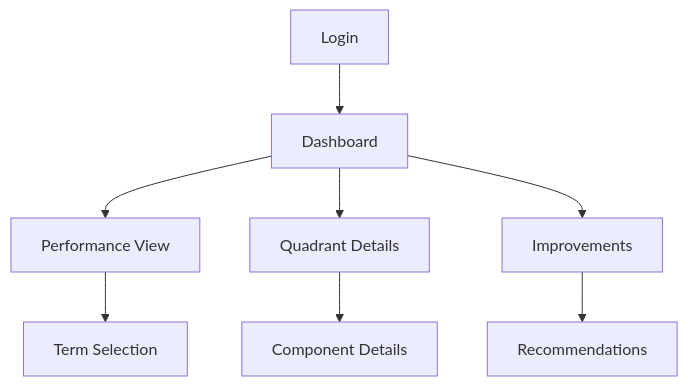
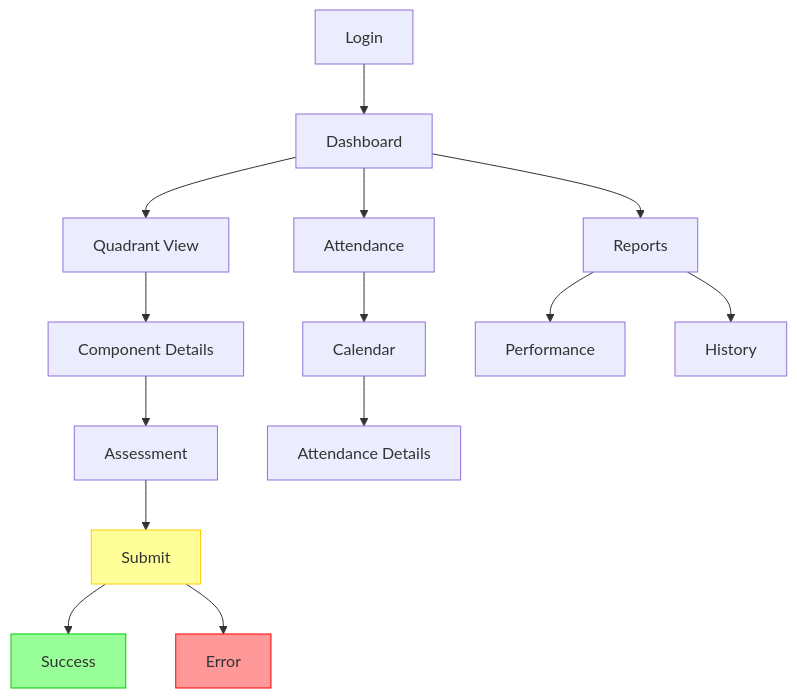
One commit to srisrihari/pep-score-nexus changed the sixth of 11 diagrams in SRS.md. Above: the diagram before and after it, drawn with Mermaid. The commit also changed other lines of this file, not shown here.

````diff
--- a/SRS.md
+++ b/SRS.md
@@ -1437,10 +1958,27 @@
 ```mermaid
-graph TD
-    A[Login] --> B[Dashboard]
-    B --> C[Performance View]
-    B --> D[Quadrant Details]
-    B --> E[Improvements]
-    C --> F[Term Selection]
-    D --> G[Component Details]
-    E --> H[Recommendations]
+graph TB
+    Login[Login] --> Dashboard[Dashboard]
+    Dashboard --> Quadrants[Quadrant View]
+    Dashboard --> Attendance[Attendance]
+    Dashboard --> Reports[Reports]
+
+    Quadrants --> Components[Component Details]
+    Components --> Assessment[Assessment]
+    Assessment --> Submit[Submit]
+    Submit --> Success[Success]
+    Submit --> Error[Error]
+
+    Attendance --> Calendar[Calendar]
+    Calendar --> Details[Attendance Details]
+
+    Reports --> Performance[Performance]
+    Reports --> History[History]
+
+    classDef error fill:#ff9999,stroke:#ff0000
+    classDef warning fill:#ffff99,stroke:#ffcc00
+    classDef success fill:#99ff99,stroke:#00cc00
+
+    class Error error
+    class Submit warning
+    class Success success
 ```
````
